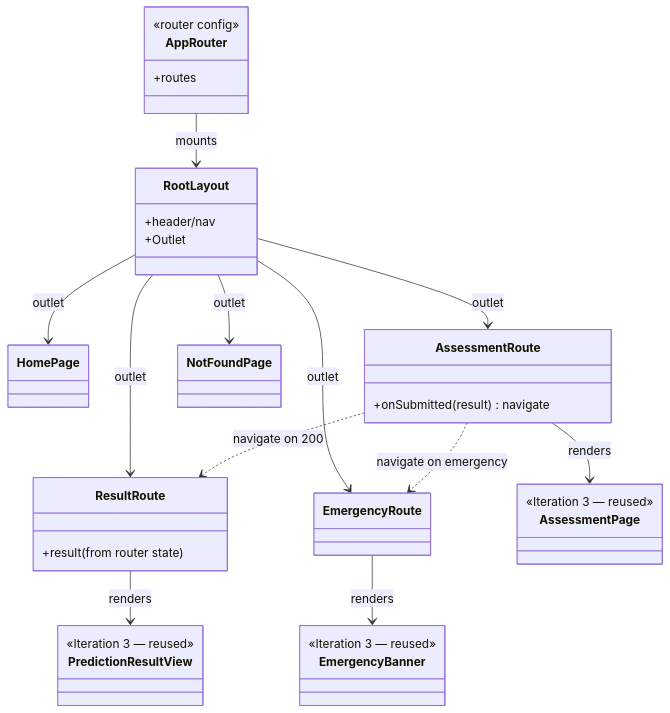
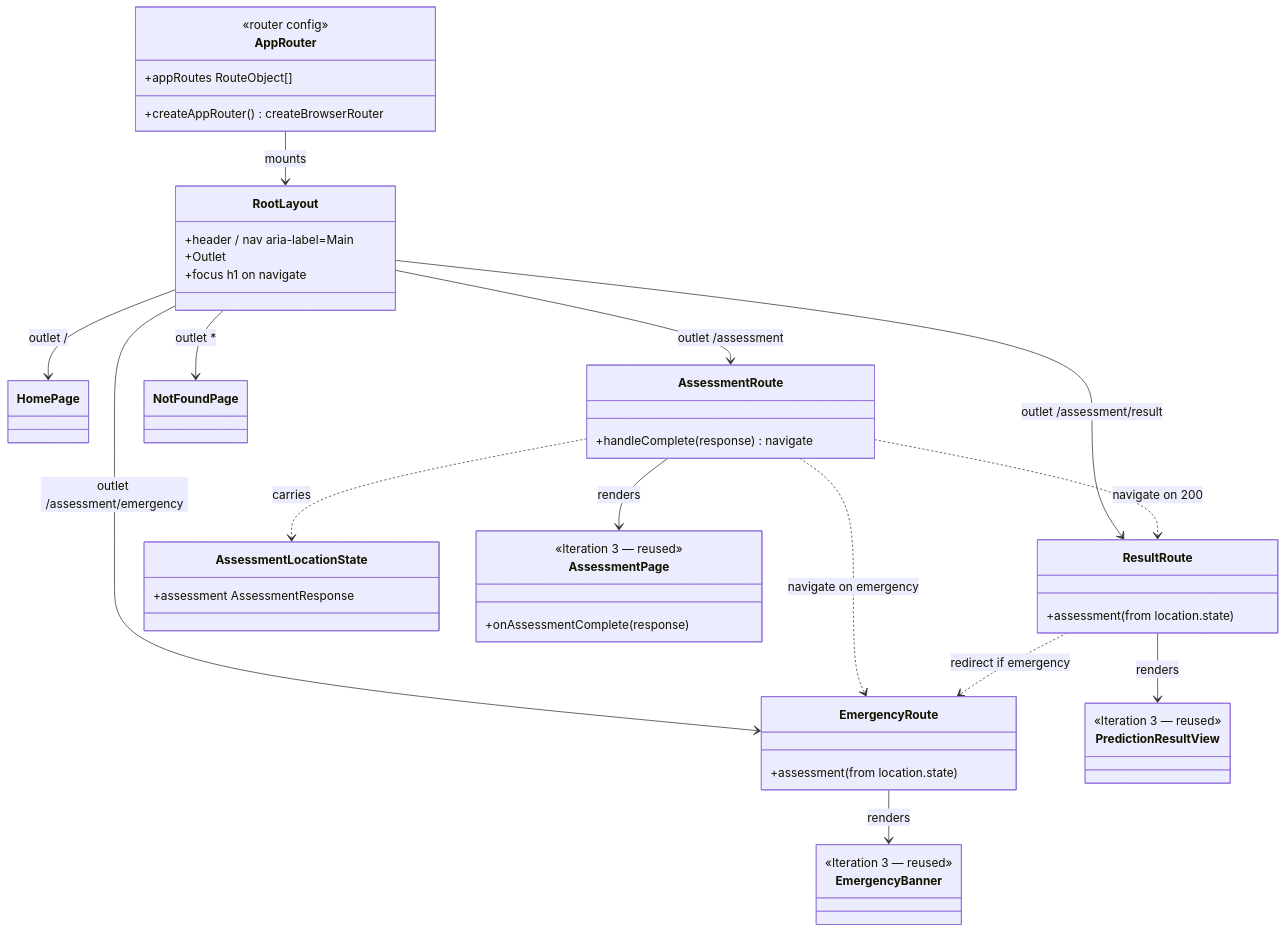
One commit to Disease-Prediction-ASET26/disease-prediction-docs changed the diagram in docs/mdd/iteration4/routing_class.mmd. Above: the diagram before and after it, drawn with Mermaid. The commit also changed 14 other files, not shown here.

First line of the commit message:
docs(mdd): add implemented Iteration 3 and 4 diagrams from the frontend repo

```diff
--- a/docs/mdd/iteration4/routing_class.mmd
+++ b/docs/mdd/iteration4/routing_class.mmd
@@ -1,41 +1,51 @@
 %% MDD Iteration 4 - Structural model: client-side routing layer
 %% Render: VS Code Mermaid preview, IntelliJ, or https://mermaid.live
 classDiagram
     class AppRouter {
         <<router config>>
-        +routes
+        +appRoutes RouteObject[]
+        +createAppRouter() createBrowserRouter
     }
     class RootLayout {
-        +header/nav
+        +header / nav aria-label=Main
         +Outlet
+        +focus h1 on navigate
     }
     class HomePage
     class AssessmentRoute {
-        +onSubmitted(result) navigate
+        +handleComplete(response) navigate
     }
     class ResultRoute {
-        +result (from router state)
+        +assessment (from location.state)
     }
-    class EmergencyRoute
+    class EmergencyRoute {
+        +assessment (from location.state)
+    }
     class NotFoundPage
+    class AssessmentLocationState {
+        +assessment AssessmentResponse
+    }
     class AssessmentPage {
         <<Iteration 3 — reused>>
+        +onAssessmentComplete(response)
     }
     class PredictionResultView {
         <<Iteration 3 — reused>>
     }
     class EmergencyBanner {
         <<Iteration 3 — reused>>
     }
 
     AppRouter --> RootLayout : mounts
-    RootLayout --> HomePage : outlet
-    RootLayout --> AssessmentRoute : outlet
-    RootLayout --> ResultRoute : outlet
-    RootLayout --> EmergencyRoute : outlet
-    RootLayout --> NotFoundPage : outlet
+    RootLayout --> HomePage : outlet /
+    RootLayout --> AssessmentRoute : outlet /assessment
+    RootLayout --> ResultRoute : outlet /assessment/result
+    RootLayout --> EmergencyRoute : outlet /assessment/emergency
+    RootLayout --> NotFoundPage : outlet *
     AssessmentRoute --> AssessmentPage : renders
     AssessmentRoute ..> ResultRoute : navigate on 200
     AssessmentRoute ..> EmergencyRoute : navigate on emergency
+    AssessmentRoute ..> AssessmentLocationState : carries
     ResultRoute --> PredictionResultView : renders
     EmergencyRoute --> EmergencyBanner : renders
+    ResultRoute ..> EmergencyRoute : redirect if emergency
```
